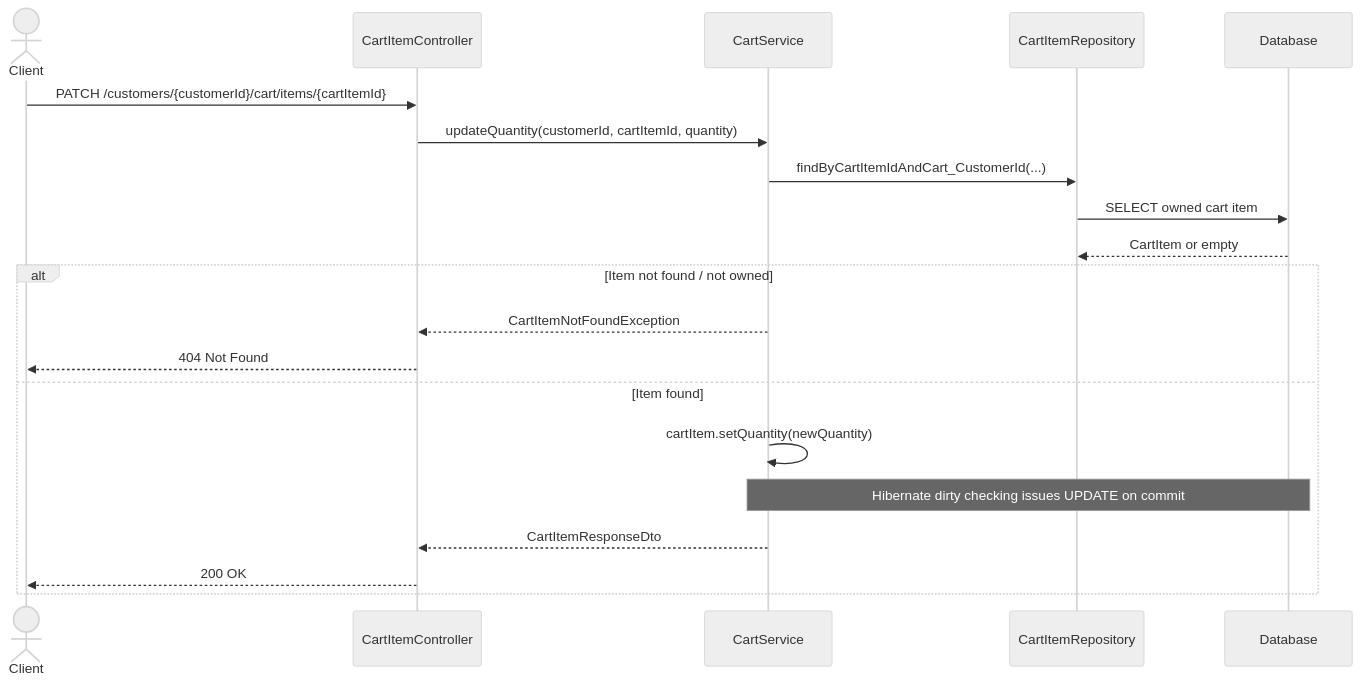
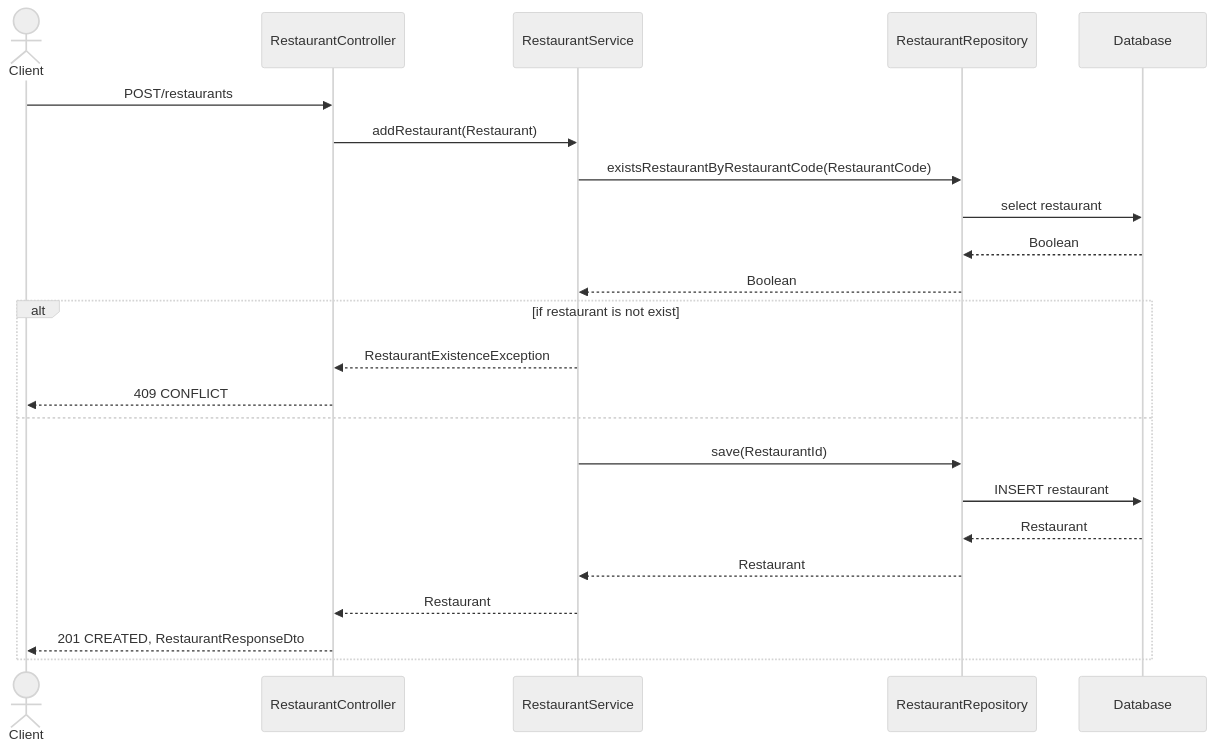
The fifth of 11 diagrams in README.md (w2t-el-develop/food_delivery_api), drawn with Mermaid (neutral theme) before and after one commit. The commit also changed other lines of this file and 18 other files, not shown here.

````diff
--- a/README.md
+++ b/README.md
@@ -533,25 +372,28 @@
 ```mermaid
 sequenceDiagram
-    actor Client
-    participant CIC as CartItemController
-    participant CS as CartService
-    participant CIR as CartItemRepository
-    participant DB as Database
+  actor Client
+  participant RC as RestaurantController
+  participant RS as RestaurantService
+  participant RR as RestaurantRepository
+  participant DB as Database
 
-    Client->>CIC: PATCH /customers/{customerId}/cart/items/{cartItemId}
-    CIC->>CS: updateQuantity(customerId, cartItemId, quantity)
+  Client->>RC: POST/restaurants 
+  RC->>RS: addRestaurant(Restaurant)
+  RS->>RR: existsRestaurantByRestaurantCode(RestaurantCode)
+  RR->>DB: select restaurant
+  DB-->>RR: Boolean
+  RR-->>RS: Boolean
 
-    CS->>CIR: findByCartItemIdAndCart_CustomerId(...)
-    CIR->>DB: SELECT owned cart item
-    DB-->>CIR: CartItem or empty
-
-    alt Item not found / not owned
-        CS-->>CIC: CartItemNotFoundException
-        CIC-->>Client: 404 Not Found
-    else Item found
-        CS->>CS: cartItem.setQuantity(newQuantity)
-        Note over CS,DB: Hibernate dirty checking issues UPDATE on commit
-        CS-->>CIC: CartItemResponseDto
-        CIC-->>Client: 200 OK
-    end
+  alt if restaurant is not exist
+    RS -->> RC: RestaurantExistenceException
+    RC -->> Client: 409 CONFLICT
+  else
+    RS->>RR: save(RestaurantId)
+    RR->>DB: INSERT restaurant
+    DB-->>RR: Restaurant
+    RR-->>RS: Restaurant
+    RS -->> RC: Restaurant
+    RC -->> Client: 201 CREATED, RestaurantResponseDto
+  end
+    
 ```
````
